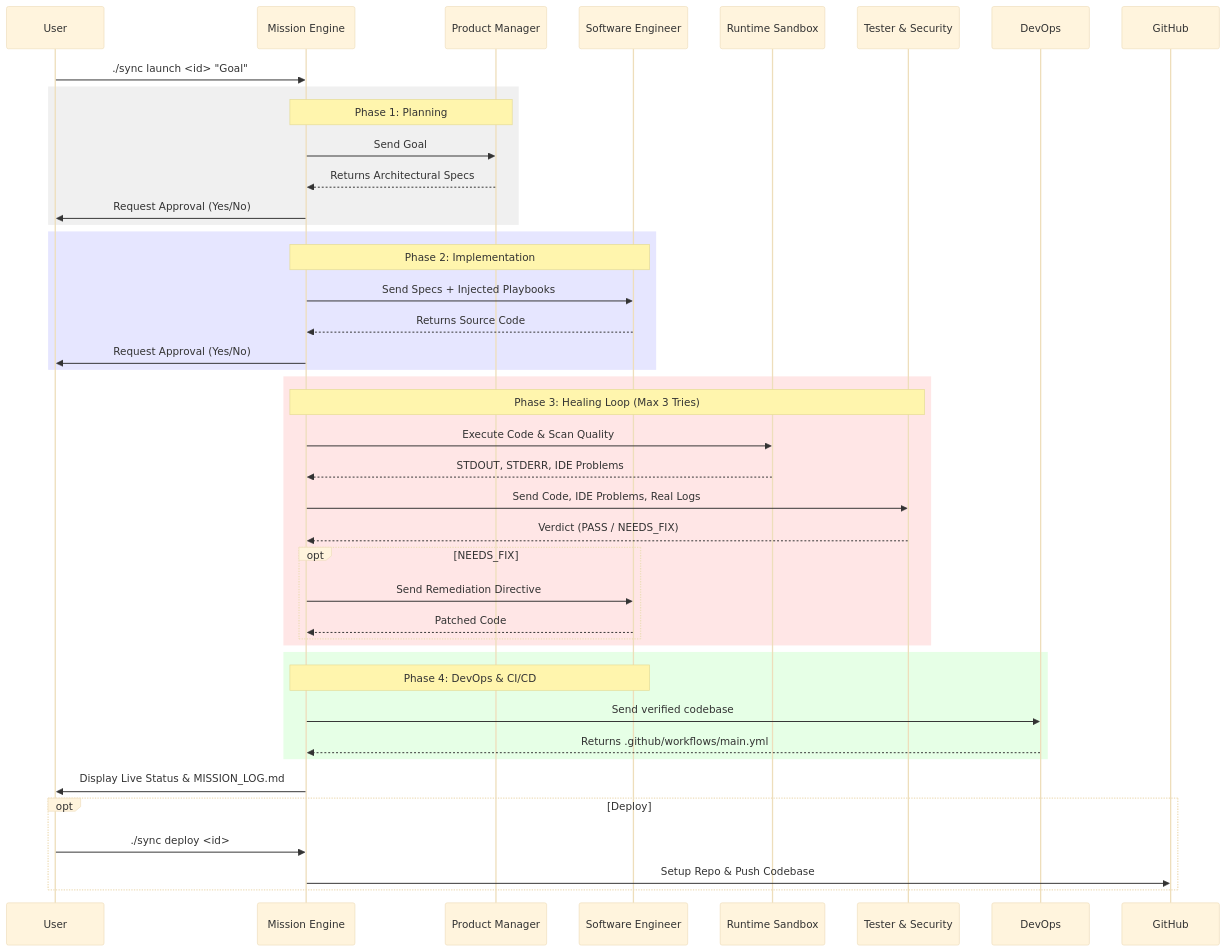
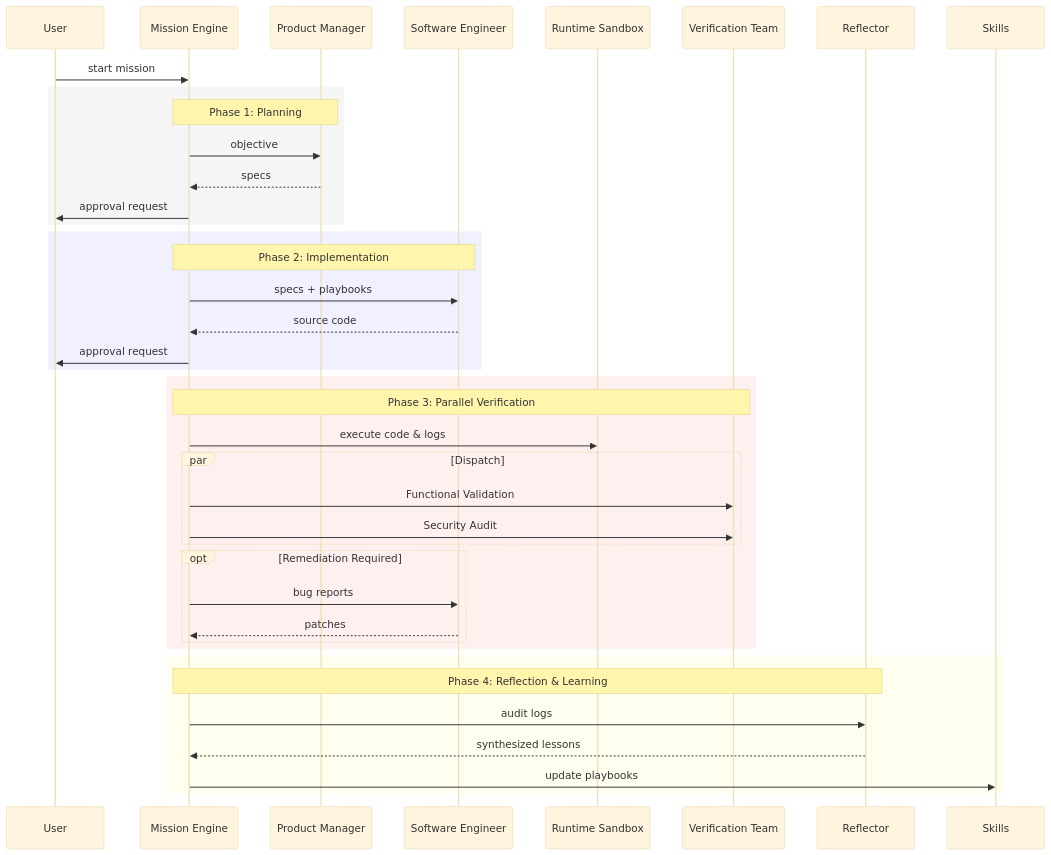
Before and after one commit to shalin-rahman/Synapticity: the second of 2 diagrams in architecture_map.md, drawn with Mermaid (base theme). The commit also changed other lines of this file and 24 other files, not shown here.

Commit message:
added self learning new commands, skills

````diff
--- a/architecture_map.md
+++ b/architecture_map.md
@@ -44,49 +65,45 @@
 ```mermaid
 sequenceDiagram
     participant User
     participant Engine as Mission Engine
     participant PM as Product Manager
     participant SWE as Software Engineer
     participant Run as Runtime Sandbox
-    participant QA as Tester & Security
+    participant QA as Verification Team
     
-    User->>Engine: ./sync launch <id> "Goal"
+    User->>Engine: start mission
     
-    rect rgb(240, 240, 240)
+    rect rgb(245, 245, 245)
     Note over Engine,PM: Phase 1: Planning
-    Engine->>PM: Send Goal
-    PM-->>Engine: Returns Architectural Specs
-    Engine->>User: Request Approval (Yes/No)
+    Engine->>PM: objective
+    PM-->>Engine: specs
+    Engine->>User: approval request
     end
     
-    rect rgb(230, 230, 255)
+    rect rgb(240, 240, 255)
     Note over Engine,SWE: Phase 2: Implementation
-    Engine->>SWE: Send Specs + Injected Playbooks
-    SWE-->>Engine: Returns Source Code
-    Engine->>User: Request Approval (Yes/No)
+    Engine->>SWE: specs + playbooks
+    SWE-->>Engine: source code
+    Engine->>User: approval request
     end
     
-    rect rgb(255, 230, 230)
-    Note over Engine,QA: Phase 3: Healing Loop (Max 3 Tries)
-    Engine->>Run: Execute Code & Scan Quality
-    Run-->>Engine: STDOUT, STDERR, IDE Problems
-    Engine->>QA: Send Code, IDE Problems, Real Logs
-    QA-->>Engine: Verdict (PASS / NEEDS_FIX)
-    opt NEEDS_FIX
-        Engine->>SWE: Send Remediation Directive
-        SWE-->>Engine: Patched Code
+    rect rgb(255, 240, 240)
+    Note over Engine,QA: Phase 3: Parallel Verification
+    Engine->>Run: execute code & logs
+    par Dispatch
+        Engine->>QA: Functional Validation
+        Engine->>QA: Security Audit
+    end
+    opt Remediation Required
+        Engine->>SWE: bug reports
+        SWE-->>Engine: patches
     end
     end
     
-    rect rgb(230, 255, 230)
-    Note over Engine,SWE: Phase 4: DevOps & CI/CD
-    Engine->>DevOps: Send verified codebase
-    DevOps-->>Engine: Returns .github/workflows/main.yml
-    end
-    
-    Engine->>User: Display Live Status & MISSION_LOG.md
-    opt Deploy
-        User->>Engine: ./sync deploy <id>
-        Engine->>GitHub: Setup Repo & Push Codebase
+    rect rgb(255, 255, 240)
+    Note over Engine,Reflector: Phase 4: Reflection & Learning
+    Engine->>Reflector: audit logs
+    Reflector-->>Engine: synthesized lessons
+    Engine->>Skills: update playbooks
     end
 ```
````
